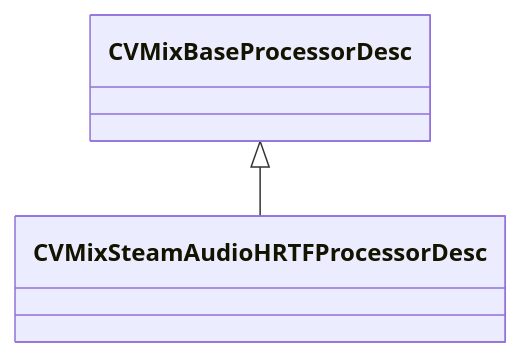
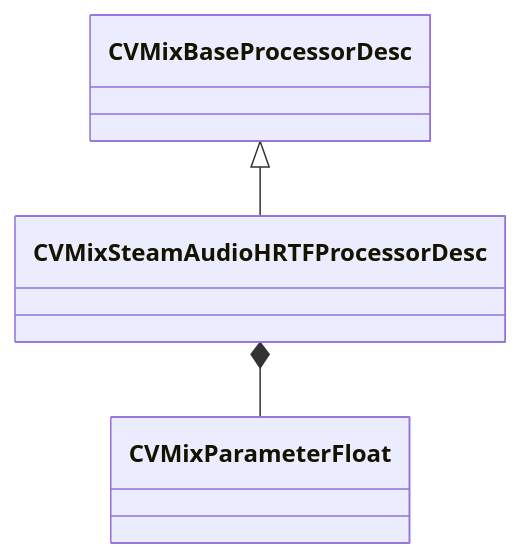
Before and after one commit to CS2OpenDev/CS2OpenDev-Docs: the diagram in docs/generated/schemas/soundsystem_lowlevel/CVMixSteamAudioHRTFProcessorDesc.md, drawn with Mermaid. The commit also changed other lines of this file and 4654 other files, not shown here.

Commit message:
docs: regenerate for SchemaTracker build 25947352 [skip ci]

````diff
--- a/docs/generated/schemas/soundsystem_lowlevel/CVMixSteamAudioHRTFProcessorDesc.md
+++ b/docs/generated/schemas/soundsystem_lowlevel/CVMixSteamAudioHRTFProcessorDesc.md
@@ -19,4 +19,5 @@
 ```mermaid
 classDiagram
     CVMixBaseProcessorDesc <|-- CVMixSteamAudioHRTFProcessorDesc
+    CVMixSteamAudioHRTFProcessorDesc *-- CVMixParameterFloat
 ```
````
